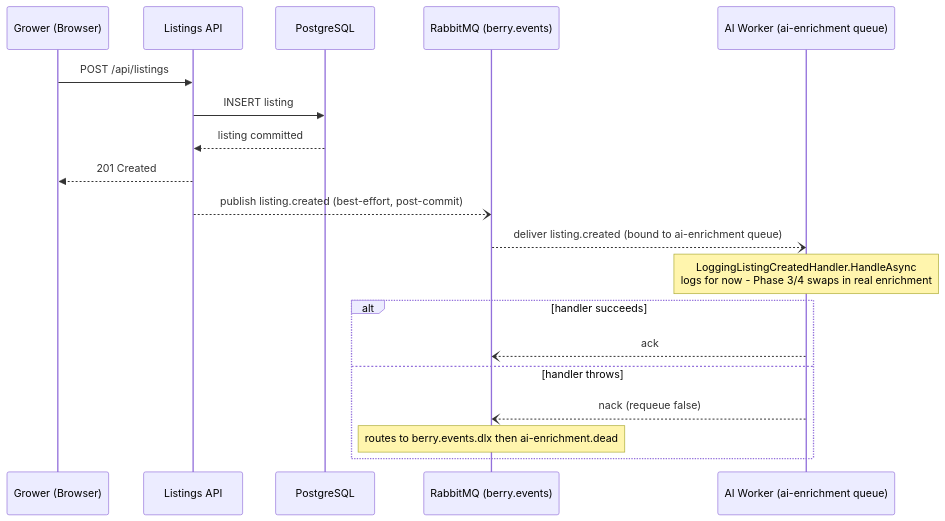
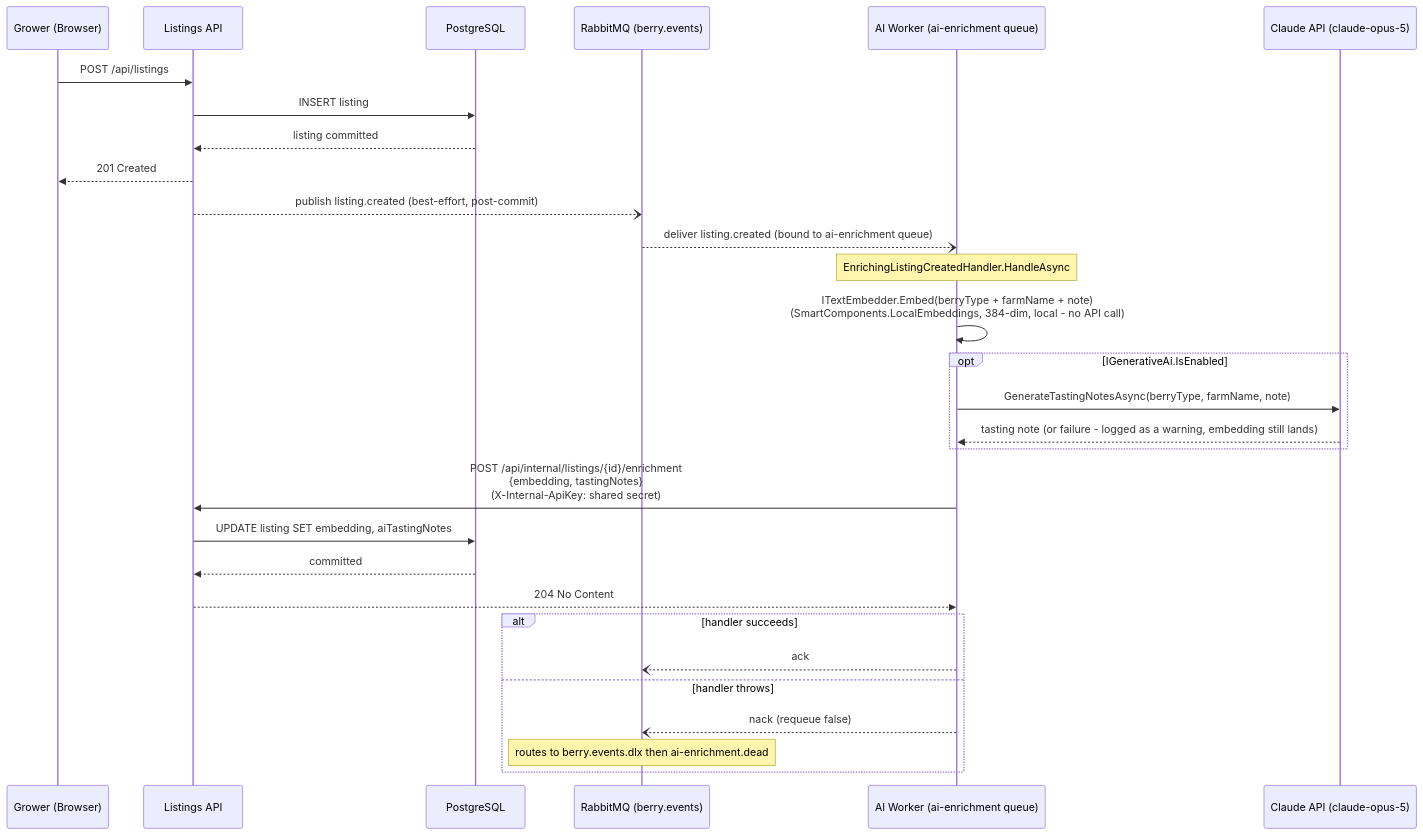
One commit to Nazarii-Mandiak/BerryMarketplace changed the diagram in docs/architecture/ai-enrichment-flow.mmd. Above: the diagram before and after it, drawn with Mermaid. The commit also changed 23 other files, not shown here.

```diff
--- a/docs/architecture/ai-enrichment-flow.mmd
+++ b/docs/architecture/ai-enrichment-flow.mmd
@@ -1,21 +1,31 @@
-%% Berry Exchange — supplementary: listing.created -> AI worker enrichment flow (Phase 2 skeleton)
+%% Berry Exchange — supplementary: listing.created -> AI worker enrichment flow
 sequenceDiagram
     participant Grower as Grower (Browser)
     participant API as Listings API
     participant DB as PostgreSQL
     participant MQ as RabbitMQ (berry.events)
     participant Worker as AI Worker (ai-enrichment queue)
+    participant Claude as Claude API (claude-opus-5)
 
     Grower->>API: POST /api/listings
     API->>DB: INSERT listing
     DB-->>API: listing committed
     API-->>Grower: 201 Created
     API--)MQ: publish listing.created (best-effort, post-commit)
     MQ--)Worker: deliver listing.created (bound to ai-enrichment queue)
-    Note over Worker: LoggingListingCreatedHandler.HandleAsync<br/>logs for now - Phase 3/4 swaps in real enrichment
+    Note over Worker: EnrichingListingCreatedHandler.HandleAsync
+    Worker->>Worker: ITextEmbedder.Embed(berryType + farmName + note)<br/>(SmartComponents.LocalEmbeddings, 384-dim, local - no API call)
+    opt IGenerativeAi.IsEnabled
+        Worker->>Claude: GenerateTastingNotesAsync(berryType, farmName, note)
+        Claude-->>Worker: tasting note (or failure - logged as a warning, embedding still lands)
+    end
+    Worker->>API: POST /api/internal/listings/{id}/enrichment<br/>{embedding, tastingNotes}<br/>(X-Internal-ApiKey: shared secret)
+    API->>DB: UPDATE listing SET embedding, aiTastingNotes
+    DB-->>API: committed
+    API-->>Worker: 204 No Content
     alt handler succeeds
         Worker--)MQ: ack
     else handler throws
         Worker--)MQ: nack (requeue false)
         Note over MQ: routes to berry.events.dlx then ai-enrichment.dead
     end
```
